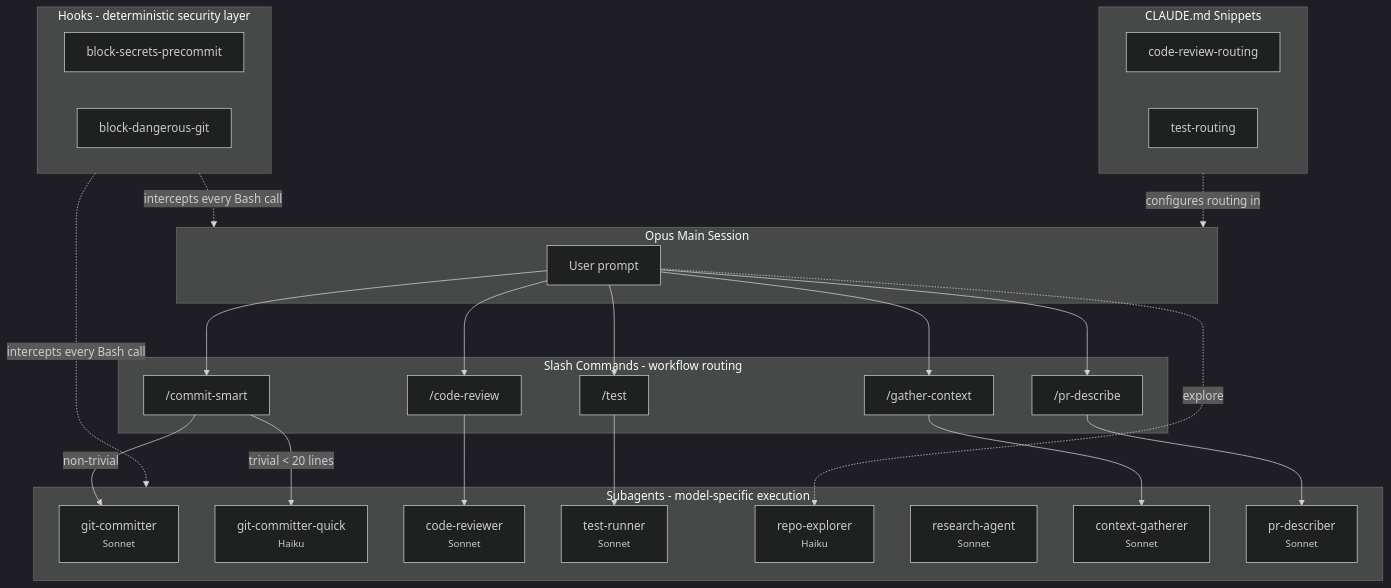
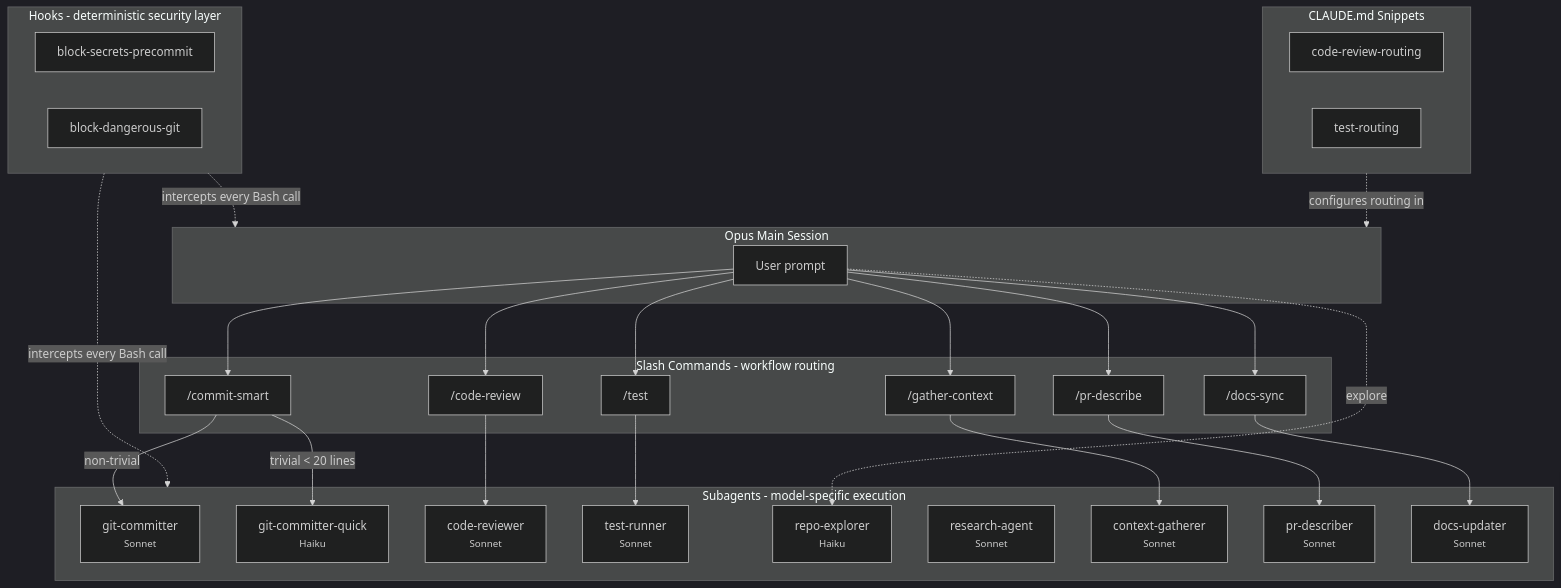
The diagram in README.md (Filip-Podstavec/claude-leverage), drawn with Mermaid (dark theme) before and after one commit. The commit also changed other lines of this file and 5 other files, not shown here.

First line of the commit message:
feat: add docs-updater agent and /docs-sync command

````diff
--- a/README.md
+++ b/README.md
@@ -28,48 +28,51 @@
 ```mermaid
 graph TB
     subgraph Main["Opus Main Session"]
         USER["User prompt"]
     end
 
     subgraph Commands["Slash Commands - workflow routing"]
         CS["/commit-smart"]
         CR["/code-review"]
         TT["/test"]
         GCT["/gather-context"]
         PD["/pr-describe"]
+        DS["/docs-sync"]
     end
 
     subgraph Agents["Subagents - model-specific execution"]
         GC["git-committer<br/><small>Sonnet</small>"]
         GCQ["git-committer-quick<br/><small>Haiku</small>"]
         CRA["code-reviewer<br/><small>Sonnet</small>"]
         TR["test-runner<br/><small>Sonnet</small>"]
         RX["repo-explorer<br/><small>Haiku</small>"]
         RA["research-agent<br/><small>Sonnet</small>"]
         CG["context-gatherer<br/><small>Sonnet</small>"]
         PRD["pr-describer<br/><small>Sonnet</small>"]
+        DU["docs-updater<br/><small>Sonnet</small>"]
     end
 
     subgraph Hooks["Hooks - deterministic security layer"]
         BS["block-secrets-precommit"]
         BD["block-dangerous-git"]
     end
 
     subgraph Snippets["CLAUDE.md Snippets"]
         CRR["code-review-routing"]
         TRR["test-routing"]
     end
 
-    USER --> CS & CR & TT & GCT & PD
+    USER --> CS & CR & TT & GCT & PD & DS
     USER -.->|"explore"| RX
     CS -->|"non-trivial"| GC
     CS -->|"trivial < 20 lines"| GCQ
     CR --> CRA
     TT --> TR
     GCT --> CG
     PD --> PRD
+    DS --> DU
 
     Hooks -.->|"intercepts every Bash call"| Main
     Hooks -.->|"intercepts every Bash call"| Agents
     Snippets -.->|"configures routing in"| Main
 ```
````
